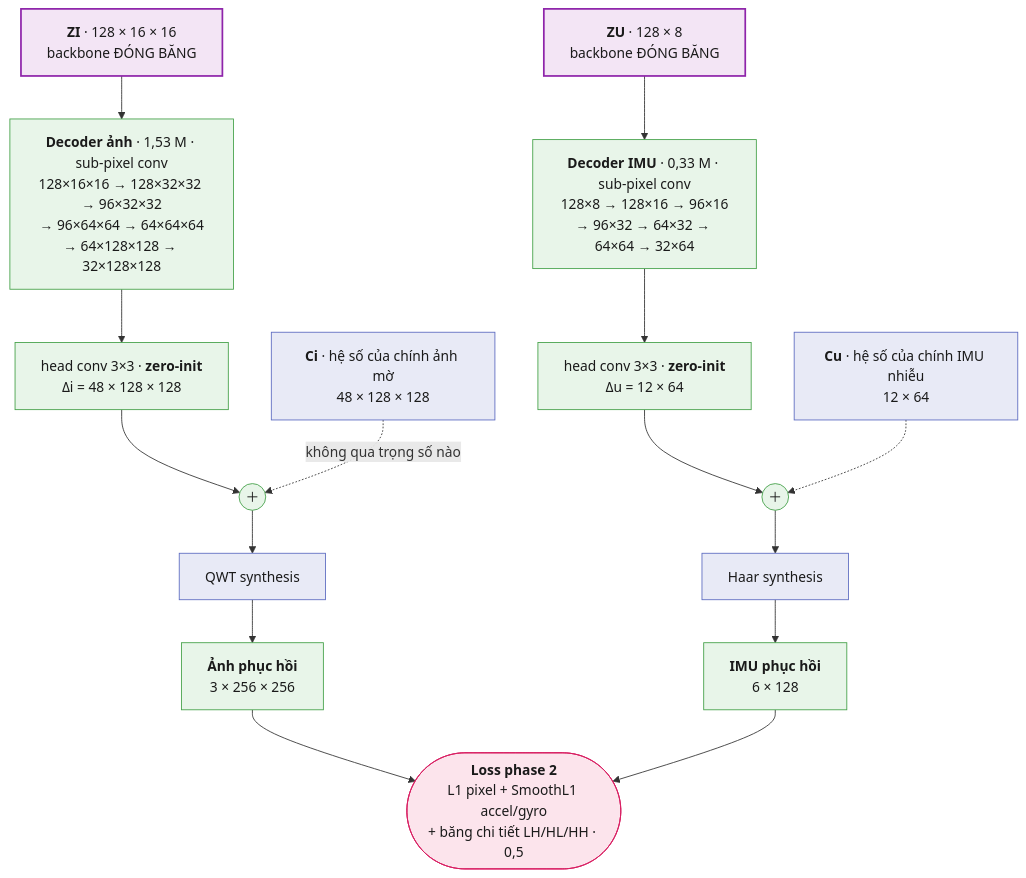
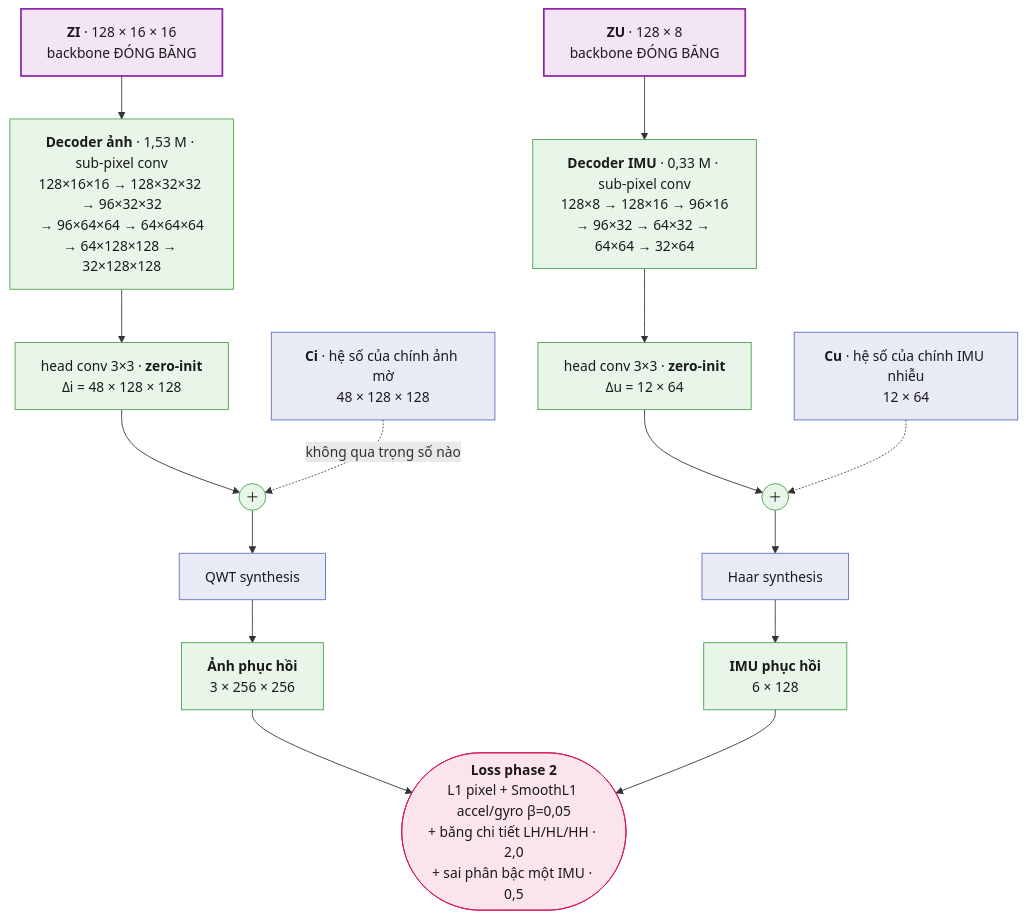
One commit to leesanghyoek/qwt_jepa_ver3 changed the fourth of 4 diagrams in README.md. Above: the diagram before and after it, drawn with Mermaid. The commit also changed other lines of this file and 7 other files, not shown here.

````diff
--- a/README.md
+++ b/README.md
@@ -126,30 +126,30 @@
 ```mermaid
 flowchart TB
     ZI["<b>ZI</b> · 128 × 16 × 16<br/>backbone ĐÓNG BĂNG"]
     ZU["<b>ZU</b> · 128 × 8<br/>backbone ĐÓNG BĂNG"]
     DI["<b>Decoder ảnh</b> · 1,53 M · sub-pixel conv<br/>128×16×16 → 128×32×32 → 96×32×32<br/>→ 96×64×64 → 64×64×64<br/>→ 64×128×128 → 32×128×128"]
     DU["<b>Decoder IMU</b> · 0,33 M · sub-pixel conv<br/>128×8 → 128×16 → 96×16<br/>→ 96×32 → 64×32 → 64×64 → 32×64"]
     HI["head conv 3×3 · <b>zero-init</b><br/>Δi = 48 × 128 × 128"]
     HU["head conv 3×3 · <b>zero-init</b><br/>Δu = 12 × 64"]
     CI["<b>Ci</b> · hệ số của chính ảnh mờ<br/>48 × 128 × 128"]
     CU["<b>Cu</b> · hệ số của chính IMU nhiễu<br/>12 × 64"]
     PI(("＋"))
     PU(("＋"))
     SI["QWT synthesis"]
     SU["Haar synthesis"]
     OI["<b>Ảnh phục hồi</b><br/>3 × 256 × 256"]
     OU["<b>IMU phục hồi</b><br/>6 × 128"]
-    L1(["<b>Loss phase 2</b><br/>L1 pixel + SmoothL1 accel/gyro<br/>+ băng chi tiết LH/HL/HH · 0,5"])
+    L1(["<b>Loss phase 2</b><br/>L1 pixel + SmoothL1 accel/gyro β=0,05<br/>+ băng chi tiết LH/HL/HH · 2,0<br/>+ sai phân bậc một IMU · 0,5"])
     ZI --> DI --> HI --> PI --> SI --> OI --> L1
     ZU --> DU --> HU --> PU --> SU --> OU --> L1
     CI -. "không qua trọng số nào" .-> PI
     CU -.-> PU
     classDef tf fill:#e8eaf6,stroke:#5c6bc0,color:#1a1a1a
     classDef lat fill:#f3e5f5,stroke:#8e24aa,stroke-width:2px,color:#1a1a1a
     classDef p2 fill:#e8f5e9,stroke:#43a047,color:#1a1a1a
     classDef loss fill:#fce4ec,stroke:#d81b60,color:#1a1a1a
     class ZI,ZU lat
     class CI,CU,SI,SU tf
     class DI,DU,HI,HU,PI,PU,OI,OU p2
     class L1 loss
 ```
````
